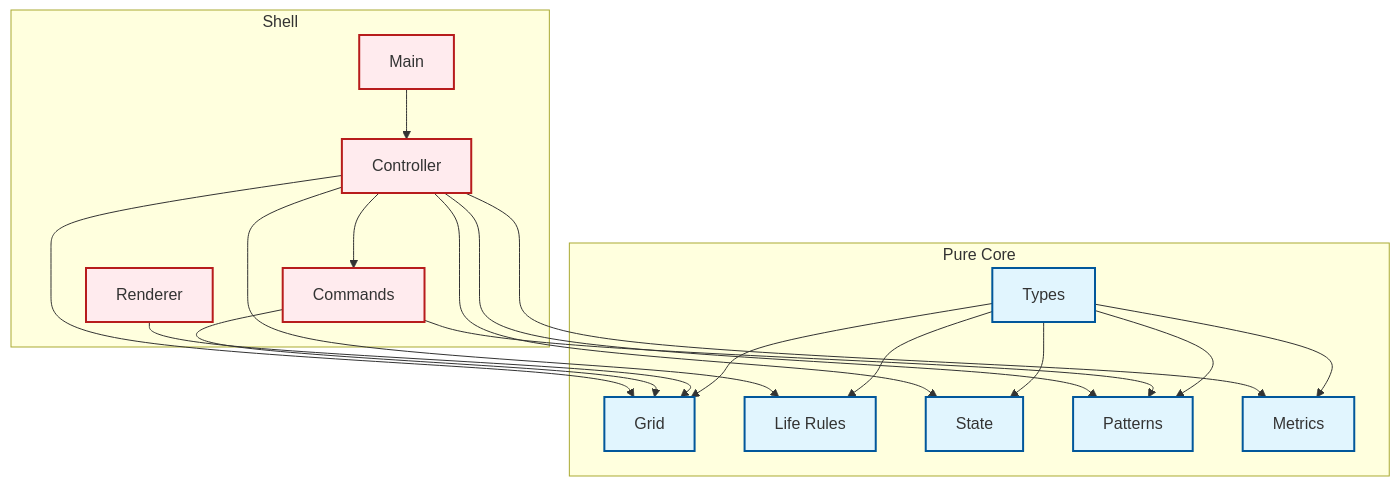
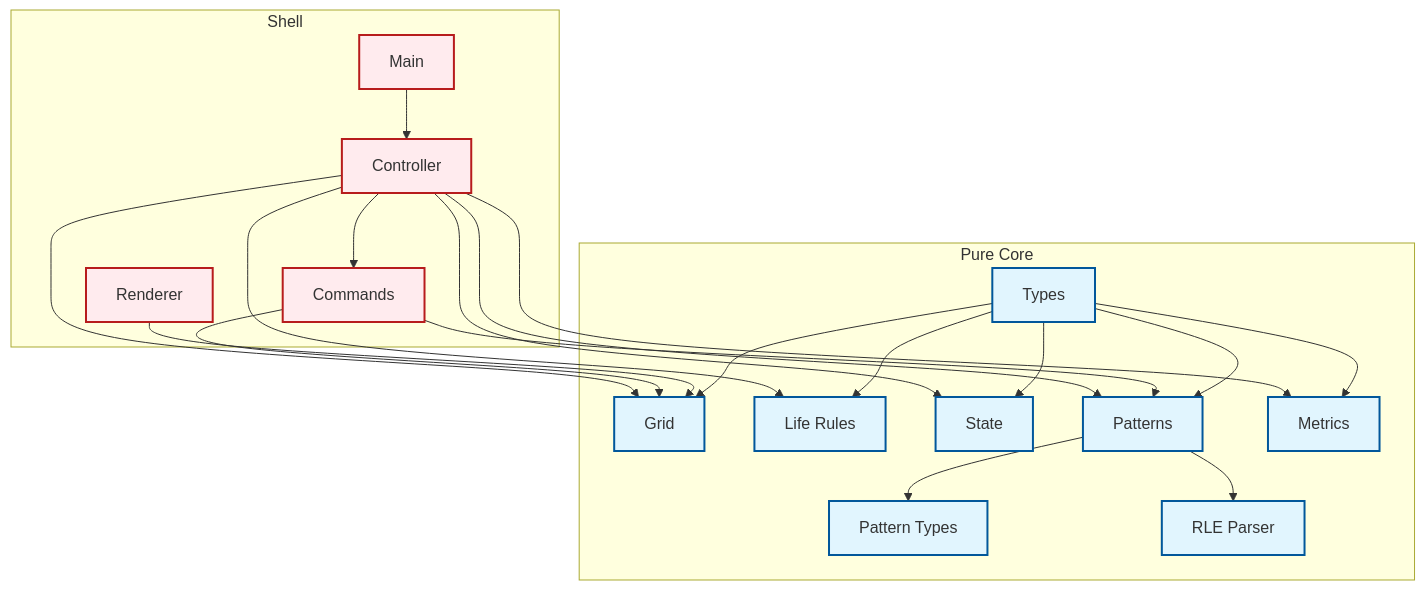
Before and after one commit to dewe/py-gol: the first of 4 diagrams in docs/diagrams.md, drawn with Mermaid. The commit also changed other lines of this file and 4 other files, not shown here.

````diff
--- a/docs/diagrams.md
+++ b/docs/diagrams.md
@@ -5,45 +5,49 @@
 ```mermaid
 graph TD
     %% Core Components
     subgraph Pure ["Pure Core"]
         Grid[Grid]
         Life[Life Rules]
         State[State]
         Pattern[Patterns]
+        PatternTypes[Pattern Types]
+        RLEParser[RLE Parser]
         Metrics[Metrics]
         Types[Types]
     end
 
     %% Shell Components
     subgraph Shell ["Shell"]
         Main[Main]
         Commands[Commands]
         Controller[Controller]
         Renderer[Renderer]
     end
 
     %% Dependencies
     Main --> Controller
     Controller --> Commands
     Controller --> Grid
     Controller --> Life
     Controller --> State
     Controller --> Pattern
     Controller --> Metrics
     Commands --> Pattern
     Commands --> Grid
     Renderer --> Grid
+    Pattern --> PatternTypes
+    Pattern --> RLEParser
     
     %% Type System
     Types --> Grid
     Types --> Life
     Types --> State
     Types --> Pattern
     Types --> Metrics
 
     %% Styling
     classDef pure fill:#e1f5fe,stroke:#01579b,stroke-width:2px
     classDef shell fill:#ffebee,stroke:#b71c1c,stroke-width:2px
-    class Grid,Life,State,Pattern,Metrics,Types pure
+    class Grid,Life,State,Pattern,PatternTypes,RLEParser,Metrics,Types pure
     class Main,Commands,Controller,Renderer shell
 ```
````
